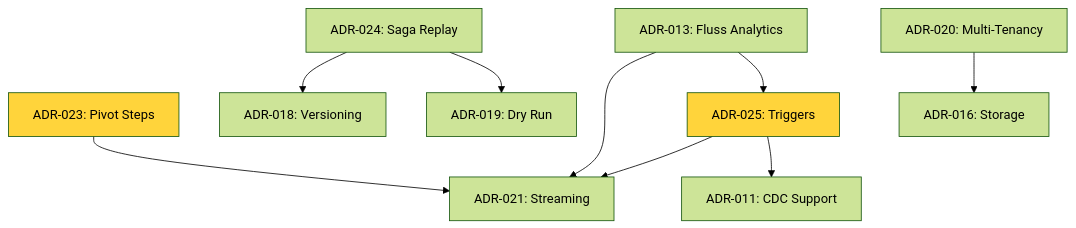
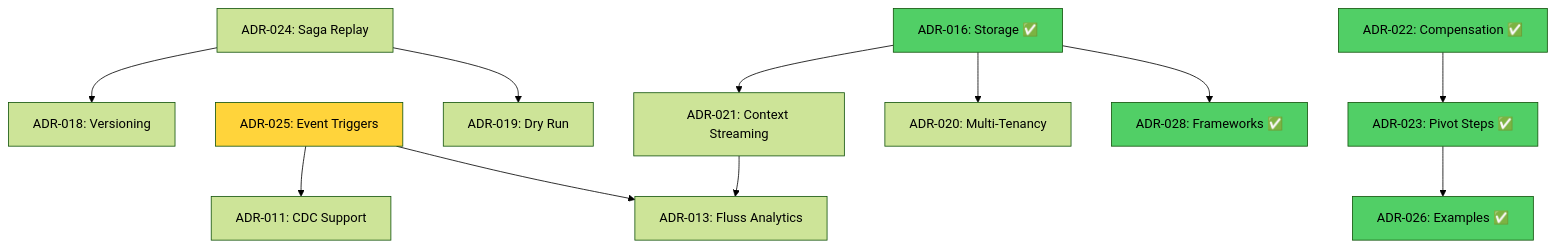
One commit to brunolnetto/sagaz changed the second of 2 diagrams in docs/architecture/adr-roadmap-dependencies.md. Above: the diagram before and after it, drawn with Mermaid (forest theme). The commit also changed other lines of this file and 202 other files, not shown here.

Commit message:
feat(sagaz): More examples, pivot feature and tests

````diff
--- a/docs/architecture/adr-roadmap-dependencies.md
+++ b/docs/architecture/adr-roadmap-dependencies.md
@@ -49,17 +55,33 @@
 ```mermaid
 graph TD
-    ADR023[ADR-023: Pivot Steps] --> ADR021[ADR-021: Context Streaming]
-    ADR025[ADR-025: Event Triggers] --> ADR021[ADR-021: Context Streaming]
-    ADR025 --> ADR011[ADR-011: CDC Support]
+    %% Streaming dependencies (ADR-021 requires ADR-016)
+    ADR016[ADR-016: Storage ✅] --> ADR021[ADR-021: Context Streaming]
     
+    %% Event triggers (independent, but enhances CDC)
+    ADR025[ADR-025: Event Triggers] --> ADR011[ADR-011: CDC Support]
+    
+    %% Replay chain
     ADR024[ADR-024: Saga Replay] --> ADR018[ADR-018: Versioning]
     ADR024 --> ADR019[ADR-019: Dry Run]
     
-    ADR020[ADR-020: Multi-Tenancy] --> ADR016[ADR-016: Storage]
+    %% Multi-tenancy requires storage
+    ADR016 --> ADR020[ADR-020: Multi-Tenancy]
     
-    ADR013[ADR-013: Fluss Analytics] --> ADR021[ADR-021: Streaming]
-    ADR013 --> ADR025[ADR-025: Triggers]
+    %% Advanced analytics requires streaming + triggers
+    ADR021 --> ADR013[ADR-013: Fluss Analytics]
+    ADR025 --> ADR013
     
-    style ADR023 fill:#ffd43b
+    %% Framework integration requires storage
+    ADR016 --> ADR028[ADR-028: Frameworks ✅]
+    
+    %% Pivot chain (independent of streaming!)
+    ADR022[ADR-022: Compensation ✅] --> ADR023[ADR-023: Pivot Steps ✅]
+    ADR023 --> ADR026[ADR-026: Examples ✅]
+    
+    style ADR016 fill:#51cf66
+    style ADR022 fill:#51cf66
+    style ADR023 fill:#51cf66
+    style ADR026 fill:#51cf66
+    style ADR028 fill:#51cf66
     style ADR025 fill:#ffd43b
 ```
````
